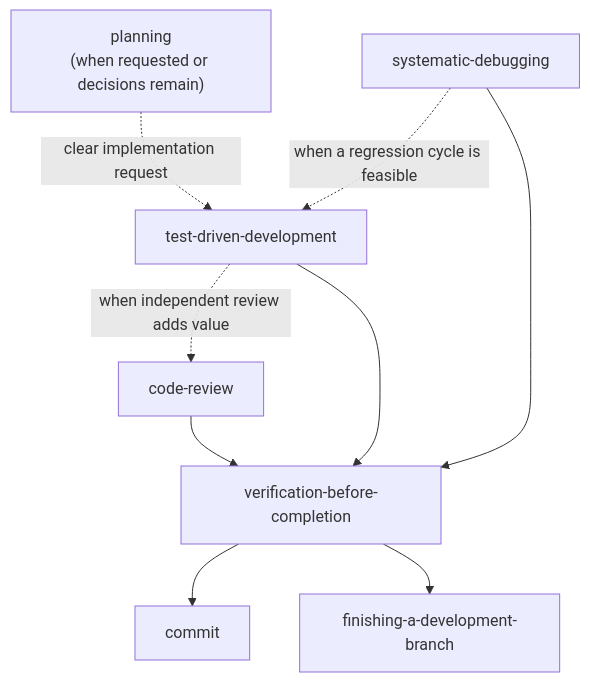
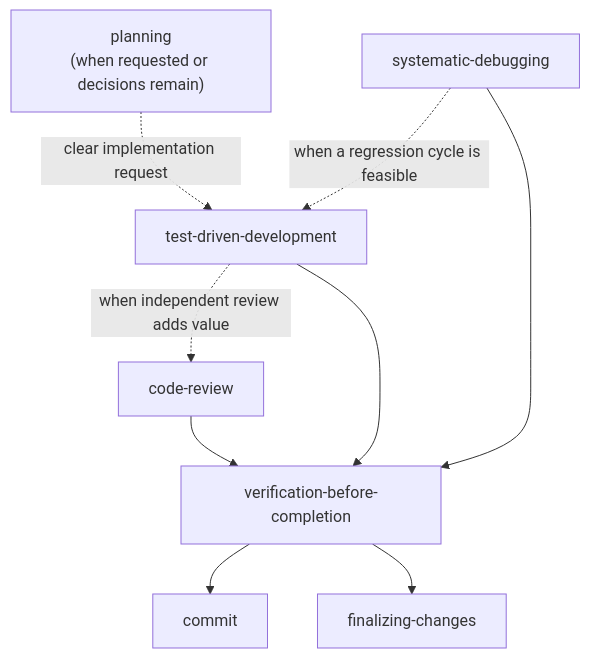
Before and after one commit to fgladisch/omp-skills: the diagram in README.md, drawn with Mermaid. The commit also changed other lines of this file and 2 other files, not shown here.

Commit message:
♻️ refactor: generalize change finalization skill

````diff
--- a/README.md
+++ b/README.md
@@ -33,19 +33,19 @@
 ```mermaid
 flowchart TB
   P["planning<br/>(when requested or decisions remain)"]
   SD["systematic-debugging"]
   TDD["test-driven-development"]
   CR["code-review"]
   V["verification-before-completion"]
   C["commit"]
-  F["finishing-a-development-branch"]
+  F["finalizing-changes"]
 
   P -. "clear implementation request" .-> TDD
   SD -. "when a regression cycle is feasible" .-> TDD
   TDD -. "when independent review adds value" .-> CR
   CR --> V
   TDD --> V
   SD --> V
   V --> C
   V --> F
 ```
````
